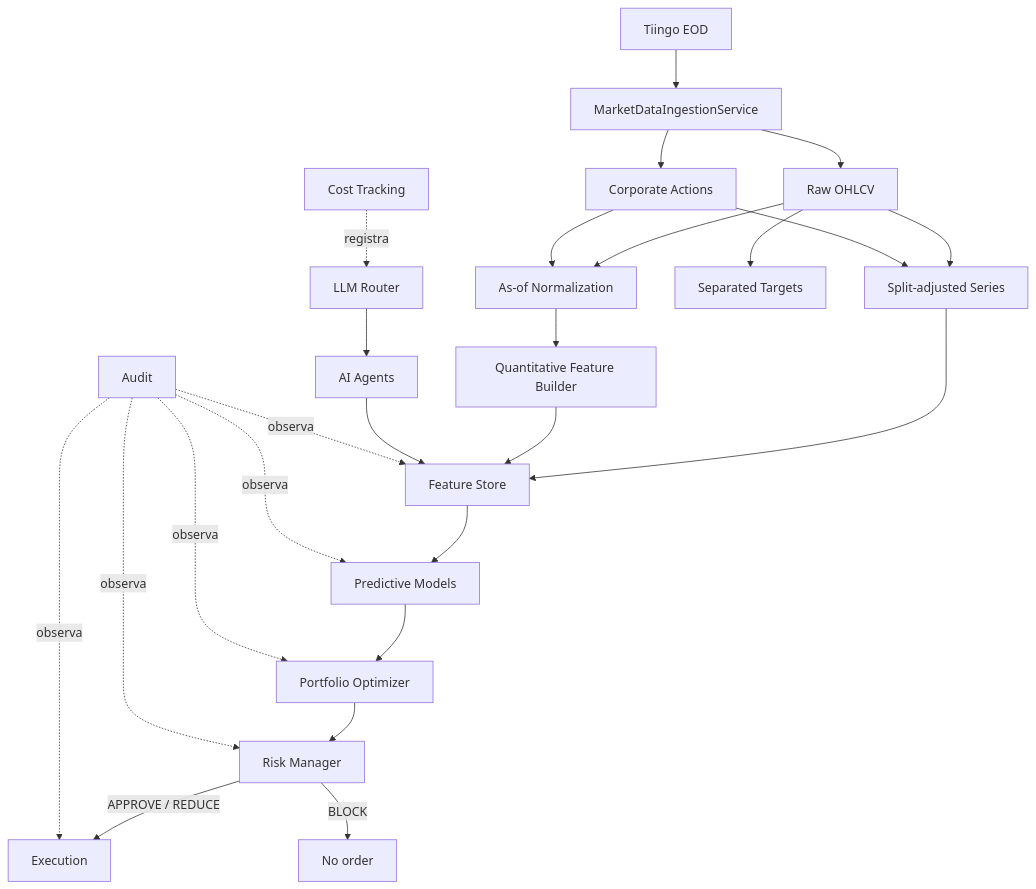
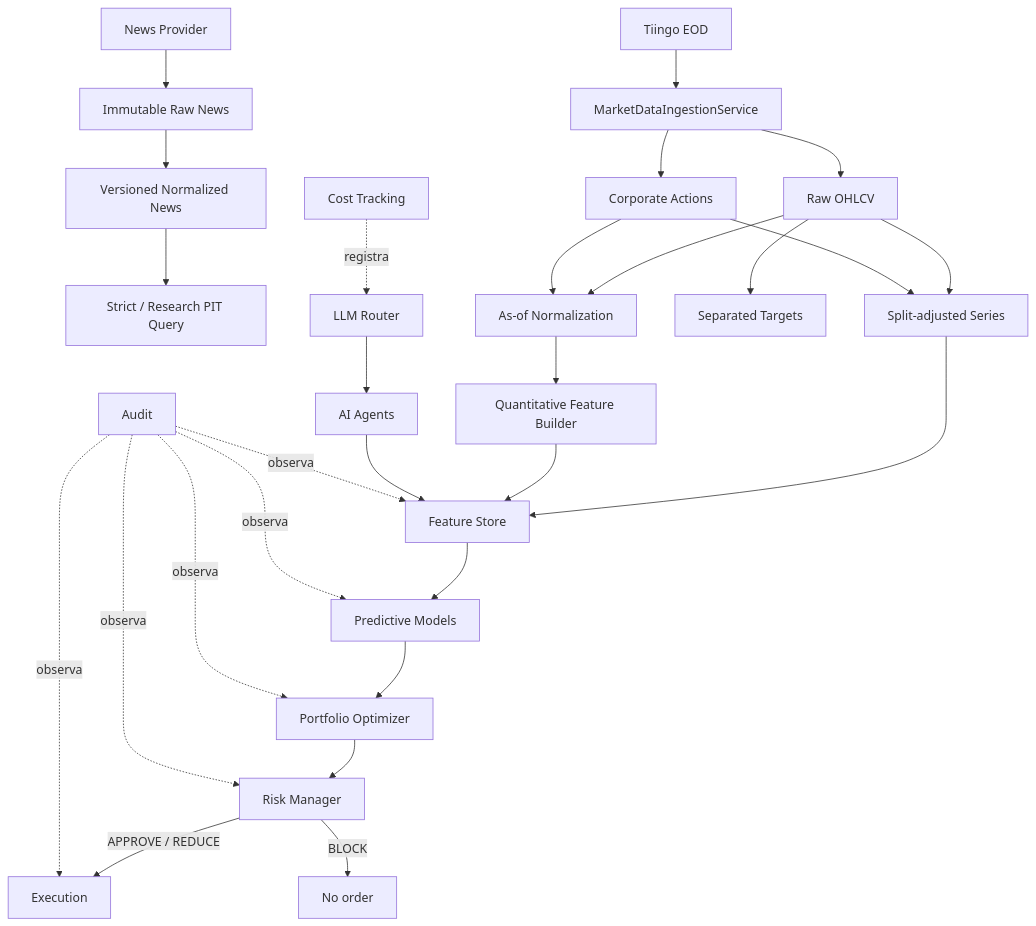
One commit to ignaciochaconuc/modelo_inversiones changed the diagram in ARCHITECTURE.md. Above: the diagram before and after it, drawn with Mermaid. The commit also changed other lines of this file and 22 other files, not shown here.

````diff
--- a/ARCHITECTURE.md
+++ b/ARCHITECTURE.md
@@ -5,27 +5,30 @@
 ```mermaid
 flowchart TD
     TG[Tiingo EOD] --> IN[MarketDataIngestionService]
+    NP[News Provider] --> NR[Immutable Raw News]
+    NR --> NN[Versioned Normalized News]
+    NN --> NQ[Strict / Research PIT Query]
     IN --> RAW[Raw OHLCV]
     IN --> CA[Corporate Actions]
     RAW --> SA[Split-adjusted Series]
     CA --> SA
     SA --> FS[Feature Store]
     RAW --> ASOF[As-of Normalization]
     CA --> ASOF
     ASOF --> QF[Quantitative Feature Builder]
     QF --> FS
     RAW --> TGTS[Separated Targets]
     AI[AI Agents] --> FS
     FS --> PM[Predictive Models]
     PM --> PO[Portfolio Optimizer]
     PO --> RM[Risk Manager]
     RM -->|APPROVE / REDUCE| EX[Execution]
     RM -->|BLOCK| STOP[No order]
     LR[LLM Router] --> AI
     CT[Cost Tracking] -. registra .-> LR
     AU[Audit] -. observa .-> FS
     AU -. observa .-> PM
     AU -. observa .-> PO
     AU -. observa .-> RM
     AU -. observa .-> EX
 ```
````
